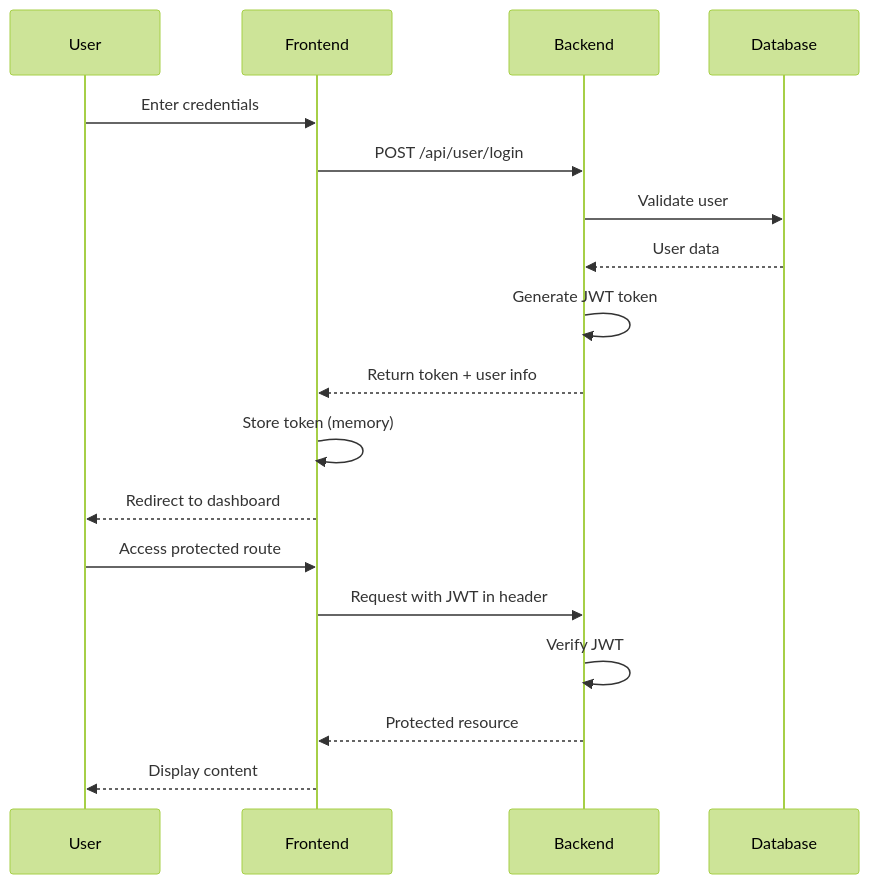
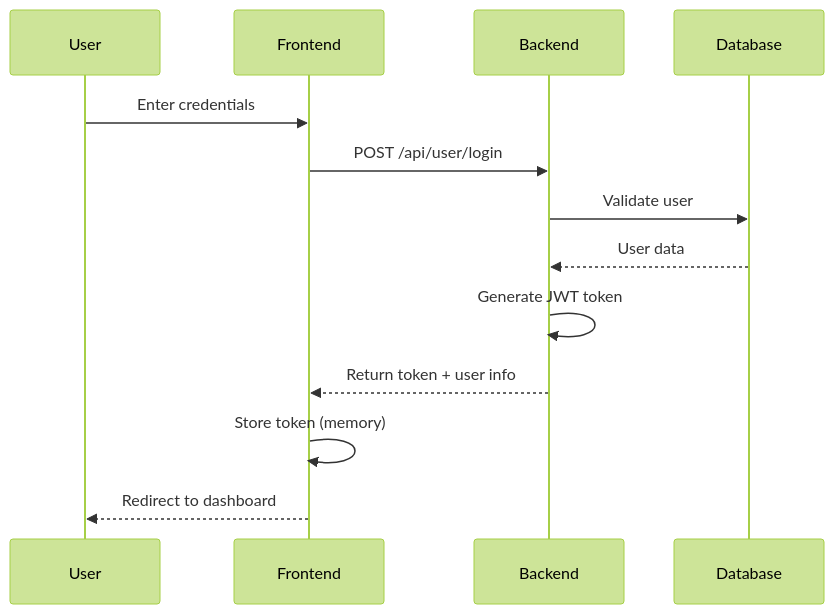
Before and after one commit to Venu22003/startupNest: the diagram in README.md, drawn with Mermaid (forest theme). The commit also changed other lines of this file, not shown here.

````diff
--- a/README.md
+++ b/README.md
@@ -395,22 +245,16 @@
 ```mermaid
 sequenceDiagram
     participant User
     participant Frontend
     participant Backend
     participant Database
 
     User->>Frontend: Enter credentials
     Frontend->>Backend: POST /api/user/login
     Backend->>Database: Validate user
     Database-->>Backend: User data
     Backend->>Backend: Generate JWT token
     Backend-->>Frontend: Return token + user info
     Frontend->>Frontend: Store token (memory)
     Frontend-->>User: Redirect to dashboard
-    
-    User->>Frontend: Access protected route
-    Frontend->>Backend: Request with JWT in header
-    Backend->>Backend: Verify JWT
-    Backend-->>Frontend: Protected resource
-    Frontend-->>User: Display content
 ```
````
